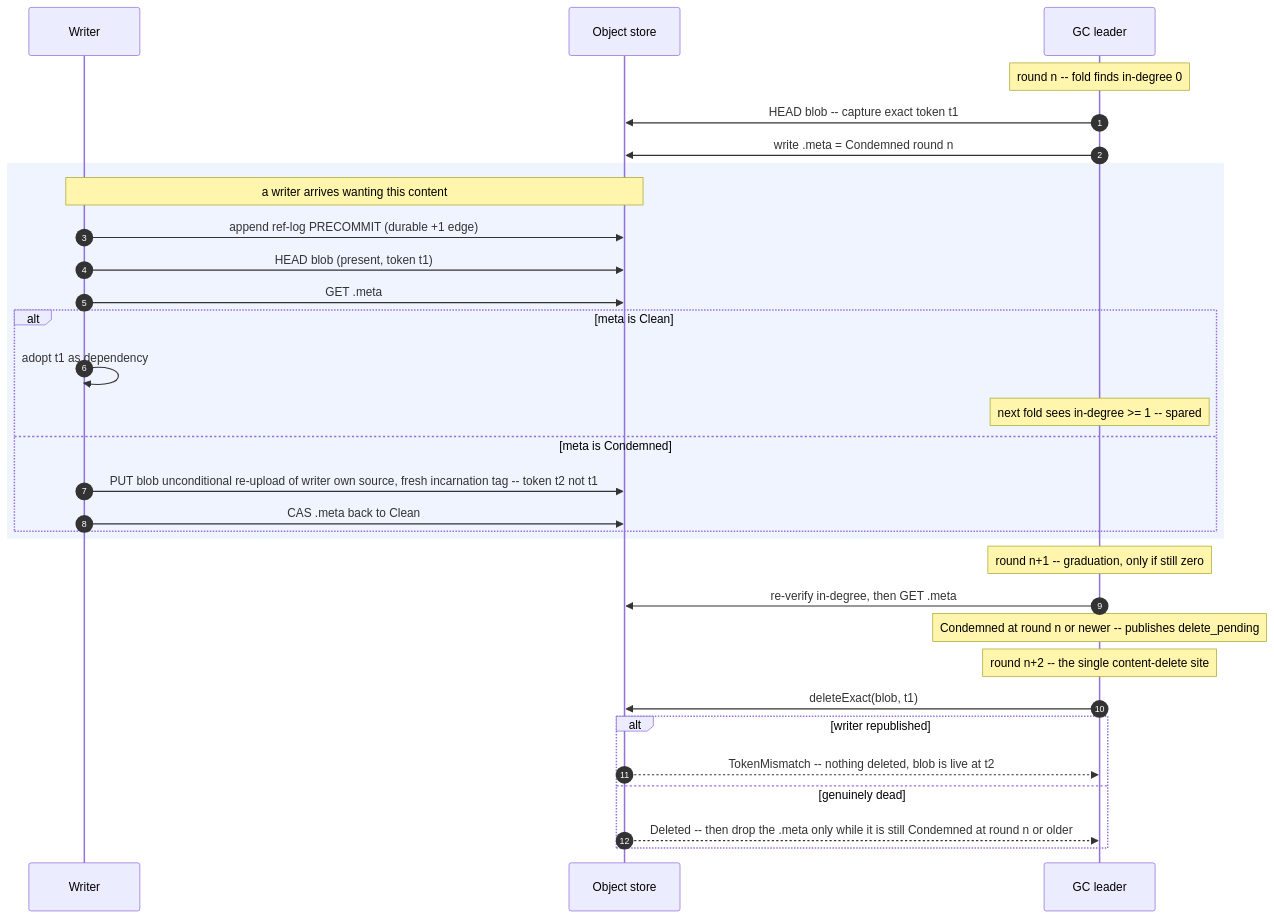
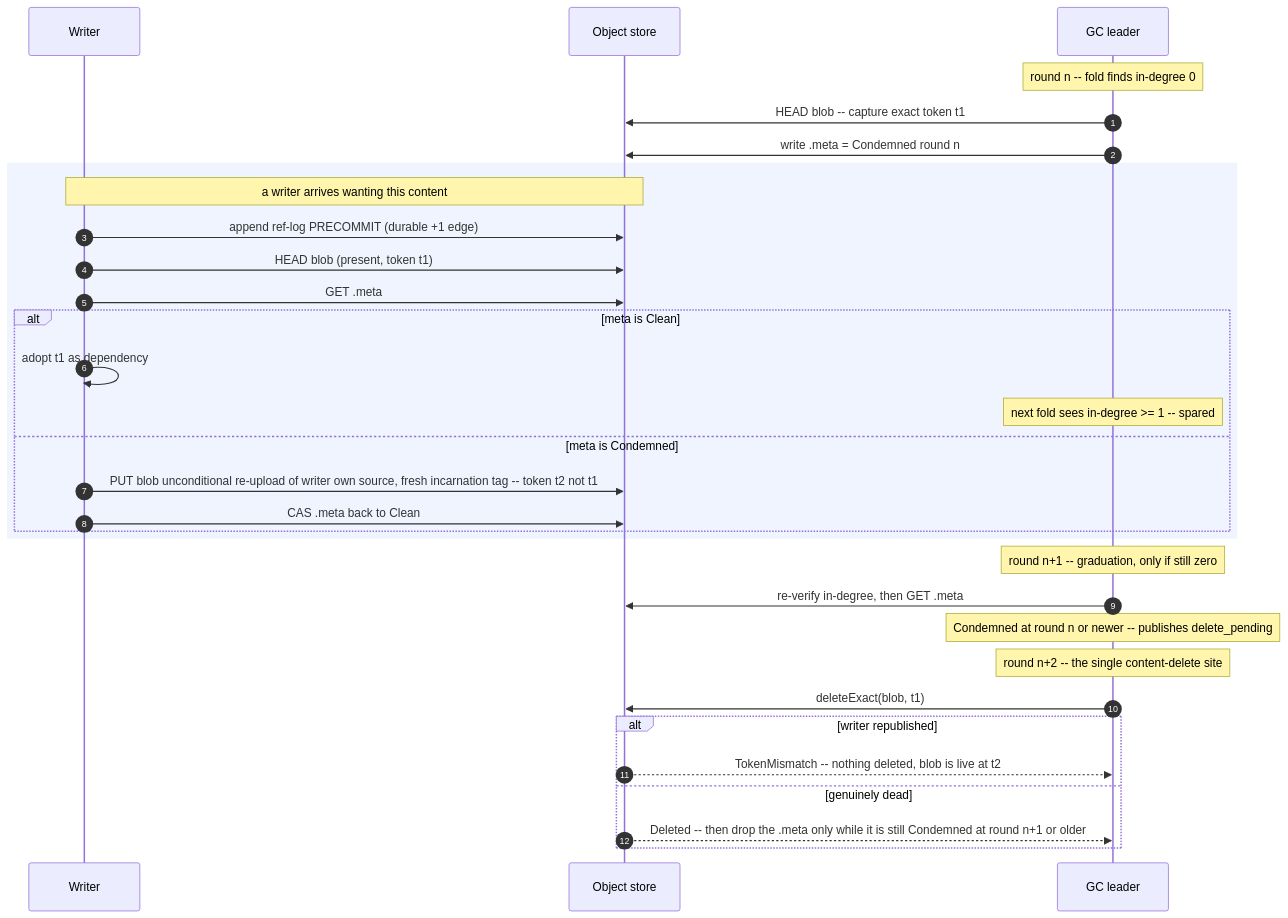
One commit to Altinity/ClickHouse changed the second of 2 diagrams in docs/en/antalya/cas/architecture/blob-protocol.md. Above: the diagram before and after it, drawn with Mermaid. The commit also changed other lines of this file, not shown here.

````diff
--- a/docs/en/antalya/cas/architecture/blob-protocol.md
+++ b/docs/en/antalya/cas/architecture/blob-protocol.md
@@ -122,37 +122,37 @@
 ```mermaid
 sequenceDiagram
     autonumber
     participant W as Writer
     participant S3 as Object store
     participant GC as GC leader
 
     Note over GC: round n -- fold finds in-degree 0
     GC->>S3: HEAD blob -- capture exact token t1
     GC->>S3: write .meta = Condemned round n
 
     rect rgba(120,160,255,0.12)
     Note over W,S3: a writer arrives wanting this content
     W->>S3: append ref-log PRECOMMIT (durable +1 edge)
     W->>S3: HEAD blob (present, token t1)
     W->>S3: GET .meta
     alt meta is Clean
         W->>W: adopt t1 as dependency
         Note over GC: next fold sees in-degree >= 1 -- spared
     else meta is Condemned
         W->>S3: PUT blob unconditional re-upload of writer own source, fresh incarnation tag -- token t2 not t1
         W->>S3: CAS .meta back to Clean
     end
     end
 
     Note over GC: round n+1 -- graduation, only if still zero
     GC->>S3: re-verify in-degree, then GET .meta
     Note over GC: Condemned at round n or newer -- publishes delete_pending
 
     Note over GC: round n+2 -- the single content-delete site
     GC->>S3: deleteExact(blob, t1)
     alt writer republished
         S3-->>GC: TokenMismatch -- nothing deleted, blob is live at t2
     else genuinely dead
-        S3-->>GC: Deleted -- then drop the .meta only while it is still Condemned at round n or older
+        S3-->>GC: Deleted -- then drop the .meta only while it is still Condemned at round n+1 or older
     end
 ```
````
